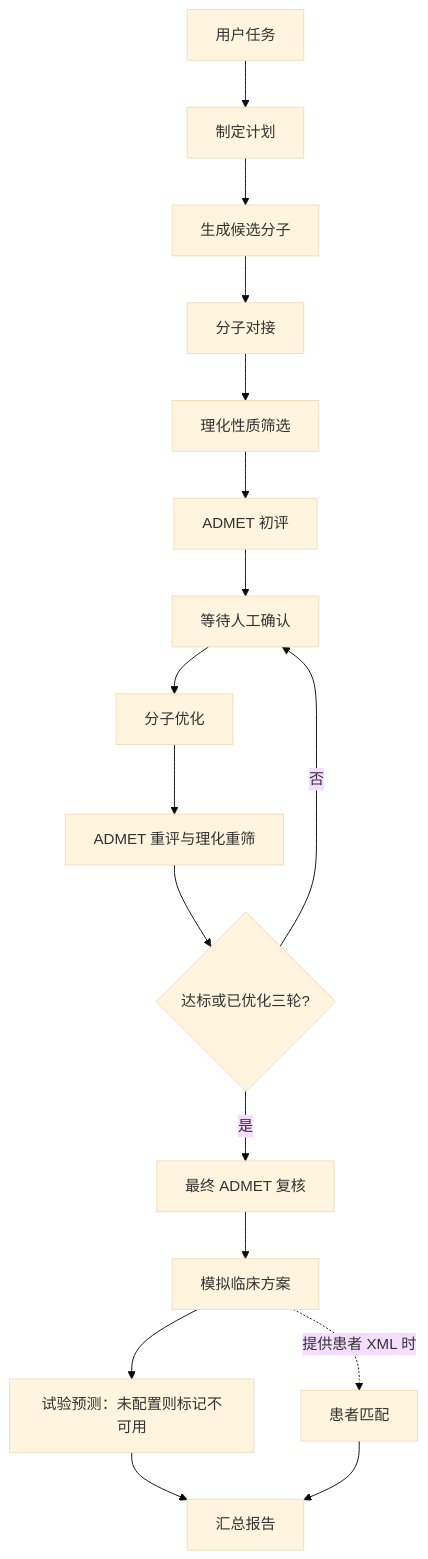
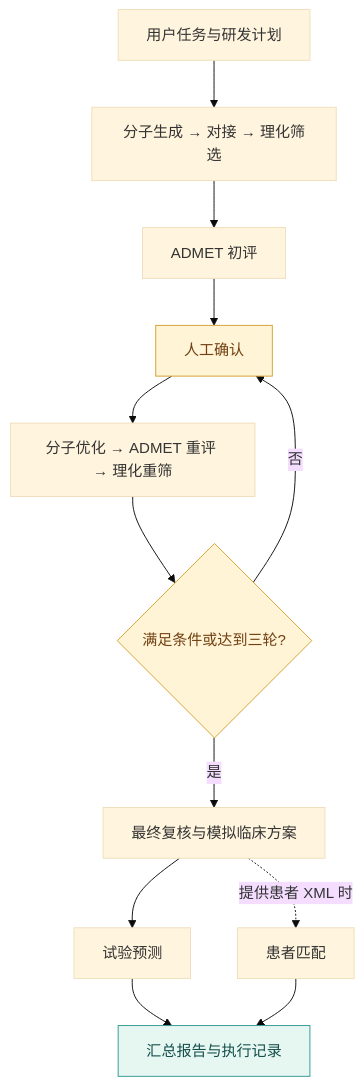
The diagram in README.md (Trojan-Miracle/Multi-agent_DrugForge), drawn with Mermaid (base theme) before and after one commit. The commit also changed other lines of this file and 1 other file, not shown here.

````diff
--- a/README.md
+++ b/README.md
@@ -33,19 +19,18 @@
 ```mermaid
 flowchart TD
-    A[用户任务] --> B[制定计划]
-    B --> C[生成候选分子]
-    C --> D[分子对接]
-    D --> E[理化性质筛选]
-    E --> F[ADMET 初评]
-    F --> G[等待人工确认]
-    G --> H[分子优化]
-    H --> I[ADMET 重评与理化重筛]
-    I --> J{达标或已优化三轮?}
-    J -- 否 --> G
-    J -- 是 --> K[最终 ADMET 复核]
-    K --> L[模拟临床方案]
-    L --> M[试验预测：未配置则标记不可用]
-    L -. 提供患者 XML 时 .-> N[患者匹配]
-    M --> O[汇总报告]
-    N --> O
+    A[用户任务与研发计划] --> B[分子生成 → 对接 → 理化筛选]
+    B --> C[ADMET 初评]
+    C --> D[人工确认]
+    D --> E[分子优化 → ADMET 重评 → 理化重筛]
+    E --> F{满足条件或达到三轮?}
+    F -- 否 --> D
+    F -- 是 --> G[最终复核与模拟临床方案]
+    G --> H[试验预测]
+    G -. 提供患者 XML 时 .-> I[患者匹配]
+    H --> J[汇总报告与执行记录]
+    I --> J
+    classDef review fill:#fff4d6,stroke:#d69e2e,color:#713f12
+    classDef result fill:#e6f6f1,stroke:#319795,color:#134e4a
+    class D,F review
+    class J result
 ```
````
